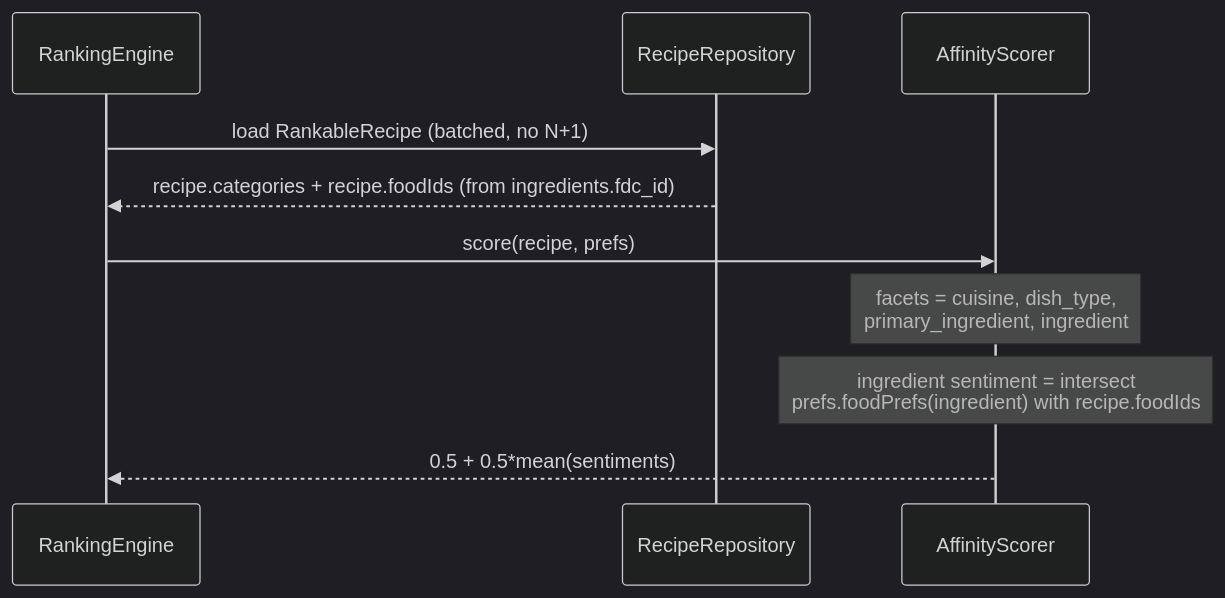
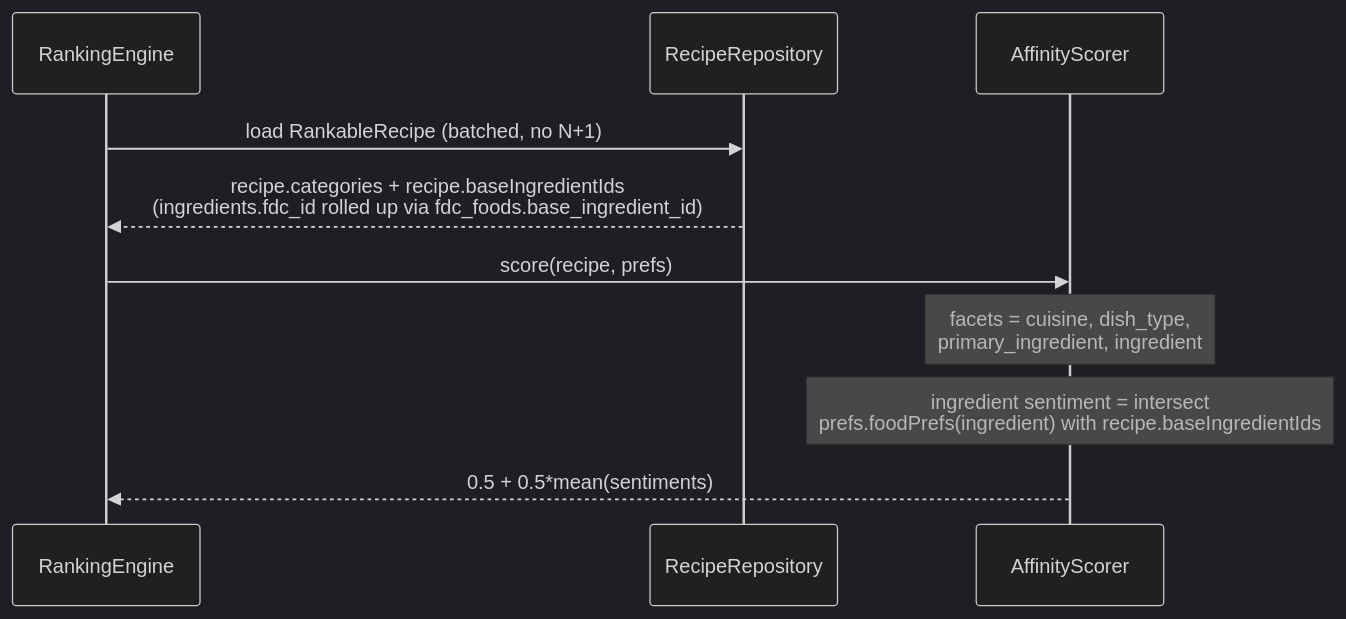
Before and after one commit to jordangaston/harvest: the third of 6 diagrams in docs/ranking/taste-classification-affinity.md, drawn with Mermaid (dark theme). The commit also changed other lines of this file, not shown here.

First line of the commit message:
docs(ranking): settle taste model — uuidPk taste_ingredients, base_ingredient_id affinity, seed:taste

````diff
--- a/docs/ranking/taste-classification-affinity.md
+++ b/docs/ranking/taste-classification-affinity.md
@@ -124,13 +126,13 @@
 ```mermaid
 sequenceDiagram
     participant Eng as RankingEngine
     participant Repo as RecipeRepository
     participant Aff as AffinityScorer
 
     Eng->>Repo: load RankableRecipe (batched, no N+1)
-    Repo-->>Eng: recipe.categories + recipe.foodIds  (from ingredients.fdc_id)
+    Repo-->>Eng: recipe.categories + recipe.baseIngredientIds<br/>(ingredients.fdc_id rolled up via fdc_foods.base_ingredient_id)
     Eng->>Aff: score(recipe, prefs)
     note over Aff: facets = cuisine, dish_type,<br/>primary_ingredient, ingredient
-    note over Aff: ingredient sentiment = intersect<br/>prefs.foodPrefs(ingredient) with recipe.foodIds
+    note over Aff: ingredient sentiment = intersect<br/>prefs.foodPrefs(ingredient) with recipe.baseIngredientIds
     Aff-->>Eng: 0.5 + 0.5*mean(sentiments)
 ```
````
